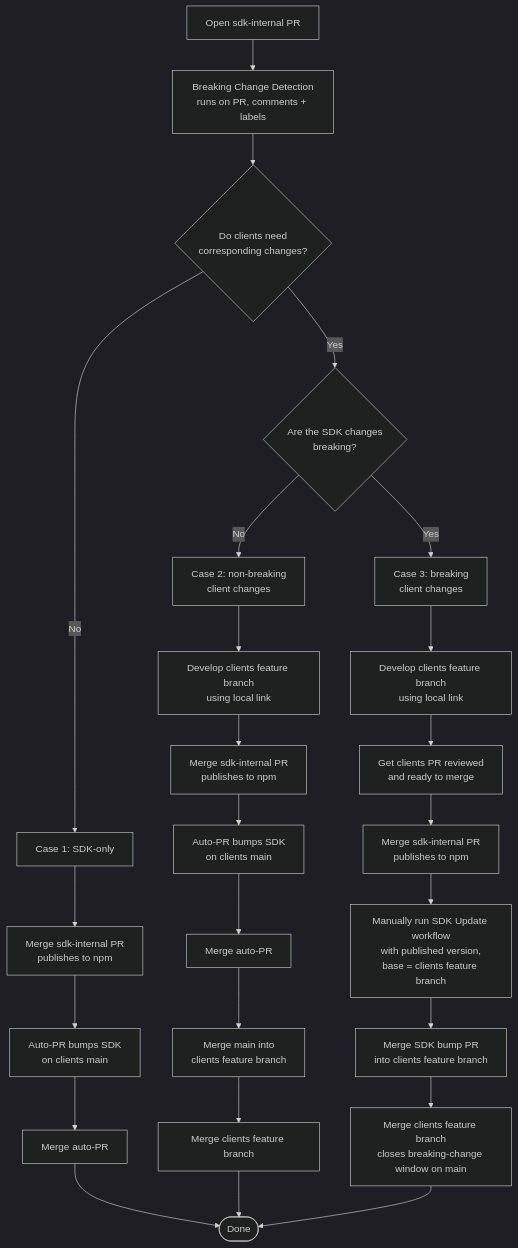
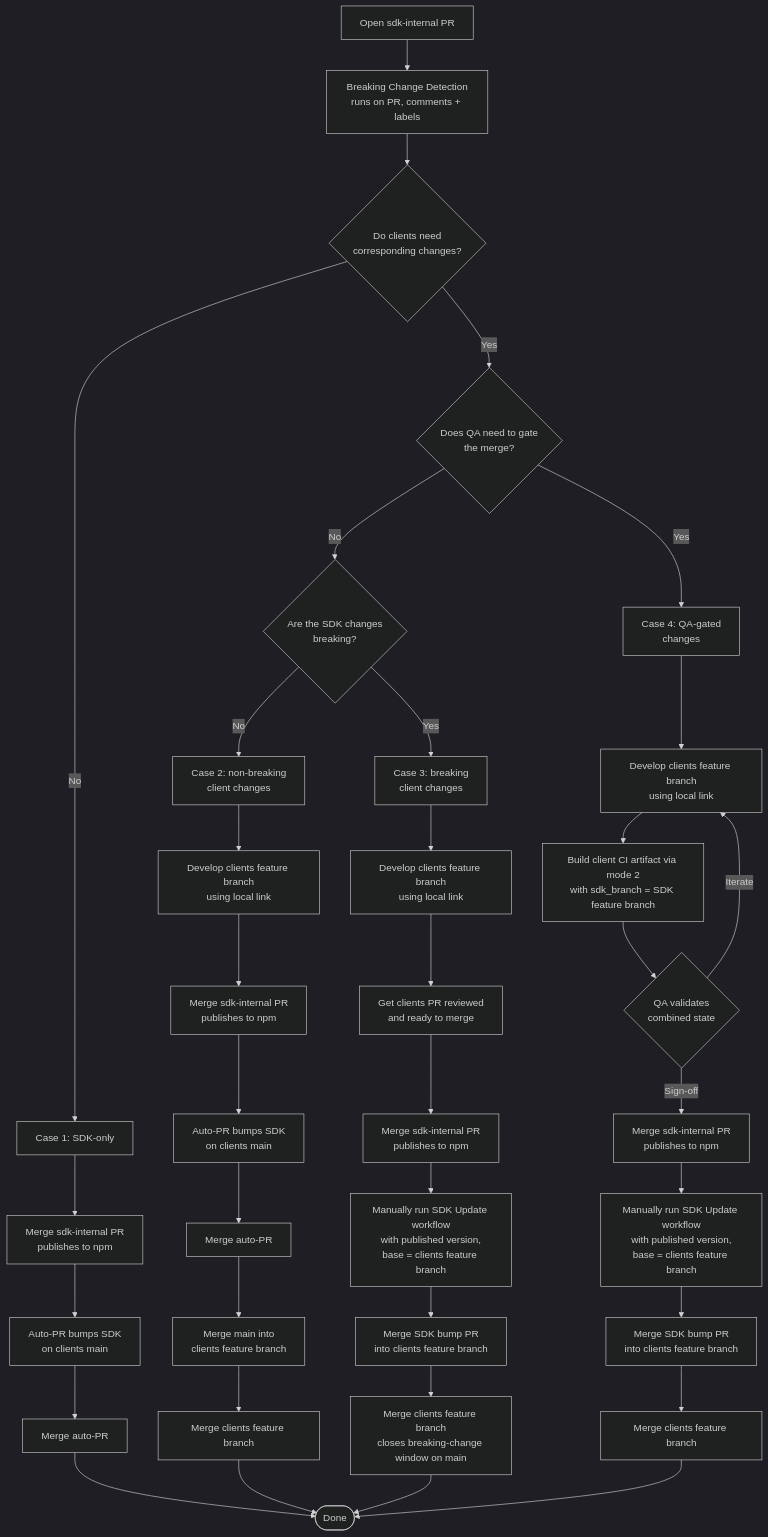
Before and after one commit to bitwarden/sdk-internal: the diagram in README.md, drawn with Mermaid (dark theme). The commit also changed other lines of this file, not shown here.

Commit message:
Updates to include local branch.

````diff
--- a/README.md
+++ b/README.md
@@ -240,30 +316,42 @@
 ```mermaid
 flowchart TD
-    A[Open sdk-internal PR] --> B[Breaking Change Detection<br/>runs on PR, comments + labels]
-    B --> C{Do clients need<br/>corresponding changes?}
+    A[Open sdk-internal PR] --> B["Breaking Change Detection<br/>runs on PR, comments + labels"]
+    B --> C{"Do clients need<br/>corresponding changes?"}
     C -->|No| Case1[Case 1: SDK-only]
-    C -->|Yes| D{Are the SDK changes<br/>breaking?}
-    D -->|No| Case2[Case 2: non-breaking<br/>client changes]
-    D -->|Yes| Case3[Case 3: breaking<br/>client changes]
+    C -->|Yes| Q{"Does QA need to gate<br/>the merge?"}
+    Q -->|Yes| Case4["Case 4: QA-gated<br/>changes"]
+    Q -->|No| D{"Are the SDK changes<br/>breaking?"}
+    D -->|No| Case2["Case 2: non-breaking<br/>client changes"]
+    D -->|Yes| Case3["Case 3: breaking<br/>client changes"]
 
-    Case1 --> F1[Merge sdk-internal PR<br/>publishes to npm]
-    F1 --> F2[Auto-PR bumps SDK<br/>on clients main]
+    Case1 --> F1["Merge sdk-internal PR<br/>publishes to npm"]
+    F1 --> F2["Auto-PR bumps SDK<br/>on clients main"]
     F2 --> F3[Merge auto-PR]
     F3 --> Z([Done])
 
-    Case2 --> G1[Develop clients feature branch<br/>using local link]
-    G1 --> G2[Merge sdk-internal PR<br/>publishes to npm]
-    G2 --> G3[Auto-PR bumps SDK<br/>on clients main]
+    Case2 --> G1["Develop clients feature branch<br/>using local link"]
+    G1 --> G2["Merge sdk-internal PR<br/>publishes to npm"]
+    G2 --> G3["Auto-PR bumps SDK<br/>on clients main"]
     G3 --> G4[Merge auto-PR]
-    G4 --> G5[Merge main into<br/>clients feature branch]
+    G4 --> G5["Merge main into<br/>clients feature branch"]
     G5 --> G6[Merge clients feature branch]
     G6 --> Z
 
-    Case3 --> H1[Develop clients feature branch<br/>using local link]
-    H1 --> H2[Get clients PR reviewed<br/>and ready to merge]
-    H2 --> H3[Merge sdk-internal PR<br/>publishes to npm]
-    H3 --> H4[Manually run SDK Update workflow<br/>with published version,<br/>base = clients feature branch]
-    H4 --> H5[Merge SDK bump PR<br/>into clients feature branch]
-    H5 --> H6[Merge clients feature branch<br/>closes breaking-change window on main]
+    Case3 --> H1["Develop clients feature branch<br/>using local link"]
+    H1 --> H2["Get clients PR reviewed<br/>and ready to merge"]
+    H2 --> H3["Merge sdk-internal PR<br/>publishes to npm"]
+    H3 --> H4["Manually run SDK Update workflow<br/>with published version,<br/>base = clients feature branch"]
+    H4 --> H5["Merge SDK bump PR<br/>into clients feature branch"]
+    H5 --> H6["Merge clients feature branch<br/>closes breaking-change window on main"]
     H6 --> Z
+
+    Case4 --> I1["Develop clients feature branch<br/>using local link"]
+    I1 --> I2["Build client CI artifact via mode 2<br/>with sdk_branch = SDK feature branch"]
+    I2 --> I3{"QA validates<br/>combined state"}
+    I3 -->|Iterate| I1
+    I3 -->|Sign-off| I4["Merge sdk-internal PR<br/>publishes to npm"]
+    I4 --> I5["Manually run SDK Update workflow<br/>with published version,<br/>base = clients feature branch"]
+    I5 --> I6["Merge SDK bump PR<br/>into clients feature branch"]
+    I6 --> I7["Merge clients feature branch"]
+    I7 --> Z
 ```
````
